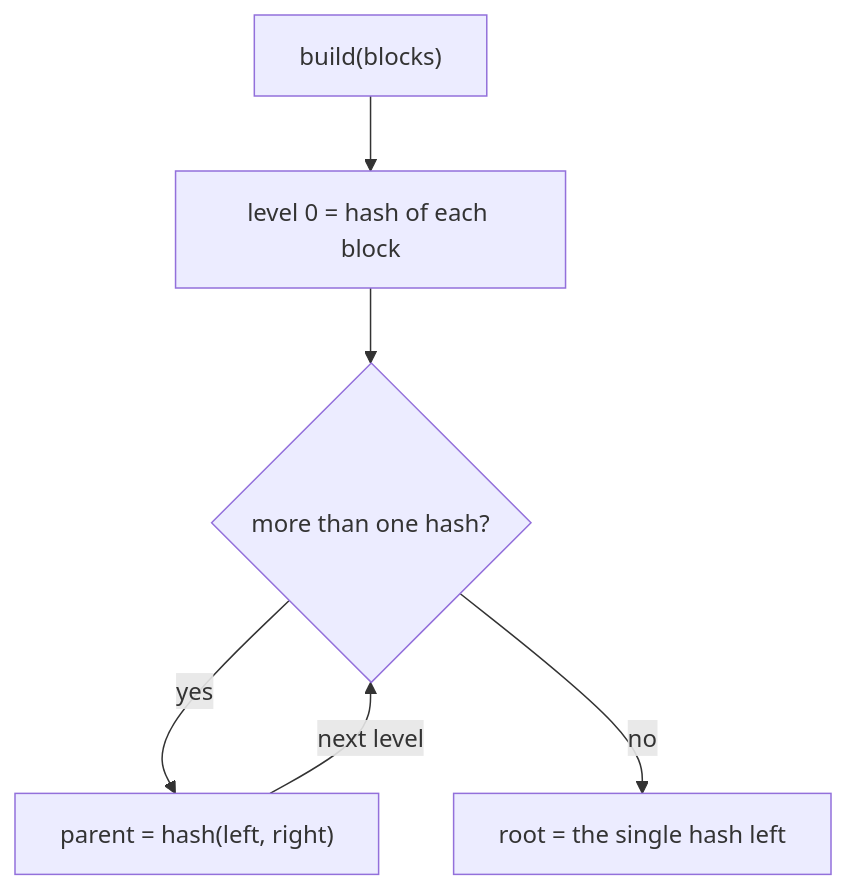
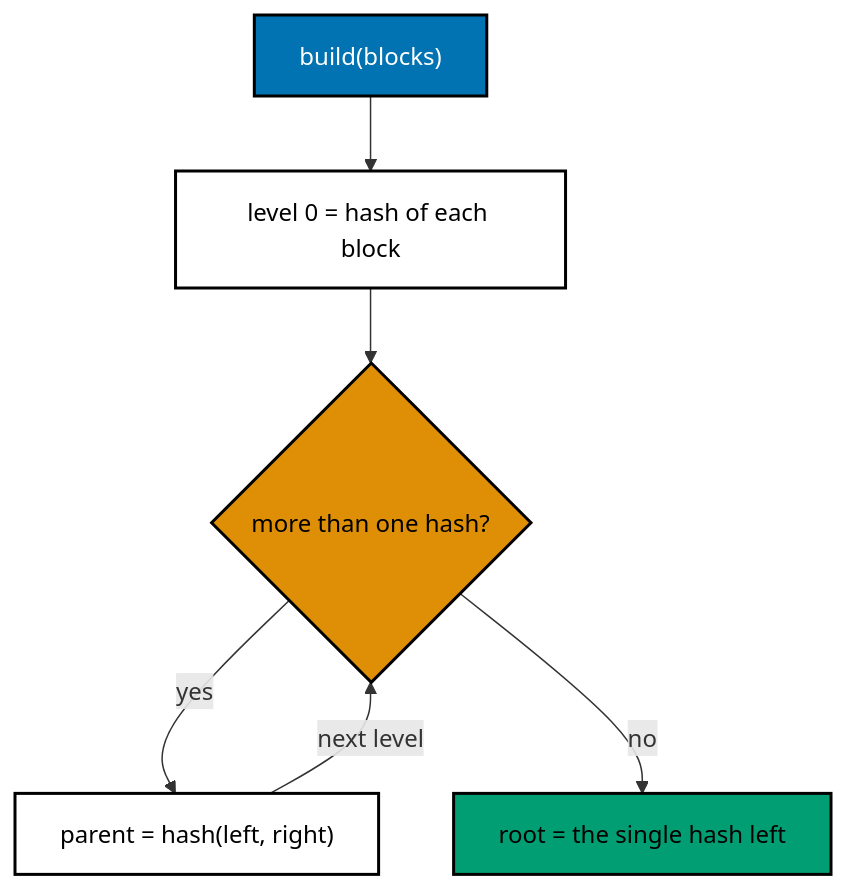
One commit to wahidyankf/grind-in-public changed the first of 3 diagrams in drill/system-design-algos/in-python/algo_15_merkle_tree.md. Above: the diagram before and after it, drawn with Mermaid. The commit also changed other lines of this file and 22 other files, not shown here.

First line of the commit message:
docs: use accessible palette in mermaid diagrams

````diff
--- a/drill/system-design-algos/in-python/algo_15_merkle_tree.md
+++ b/drill/system-design-algos/in-python/algo_15_merkle_tree.md
@@ -36,12 +36,19 @@
 ```mermaid
 flowchart TD
   accTitle: Merkle tree build
   accDescr {
     Shows how build hashes each block, then pairs hashes level by level until one root is left.
   }
   A["build(blocks)"] --> B["level 0 = hash of each block"]
   B --> C{more than one hash?}
   C -->|yes| D["parent = hash(left, right)"]
   D -->|next level| C
   C -->|no| E[root = the single hash left]
+  classDef default fill:#FFFFFF,stroke:#000000,color:#000000,stroke-width:2px
+  classDef blue fill:#0173B2,stroke:#000000,color:#FFFFFF,stroke-width:2px
+  classDef orange fill:#DE8F05,stroke:#000000,color:#000000,stroke-width:2px
+  classDef teal fill:#029E73,stroke:#000000,color:#000000,stroke-width:2px
+  class C orange
+  class A blue
+  class E teal
 ```
````
